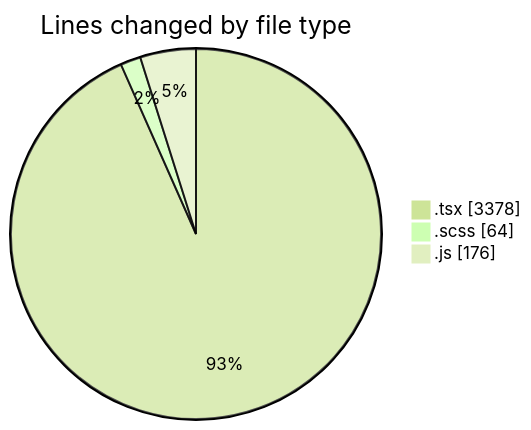
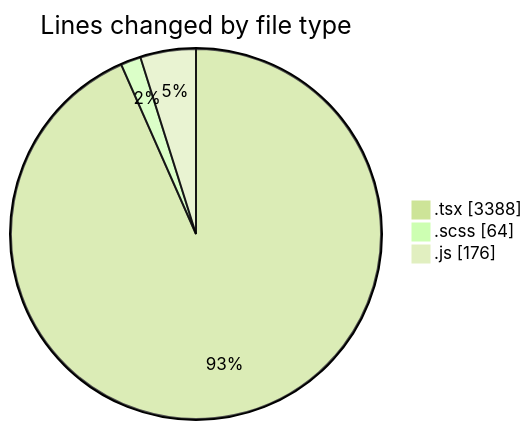
One commit to momahboobian/code-tracking changed the first of 2 diagrams in 2025-06-16/cda/README.md. Above: the diagram before and after it, drawn with Mermaid (forest theme). The commit also changed other lines of this file and 1 other file, not shown here.

````diff
--- a/2025-06-16/cda/README.md
+++ b/2025-06-16/cda/README.md
@@ -35,7 +35,7 @@
 ```mermaid
 pie showData
 title Lines changed by file type
-".tsx" : 3378
+".tsx" : 3388
 ".scss" : 64
 ".js" : 176
 ```
````
